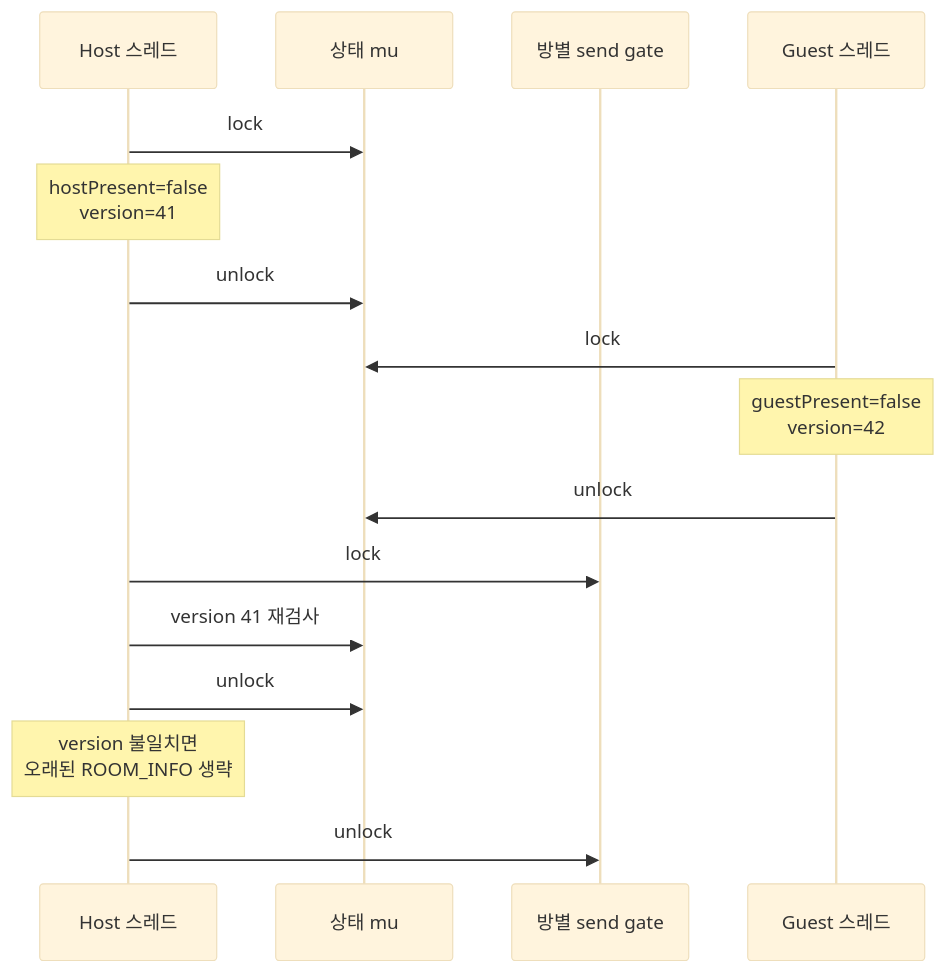
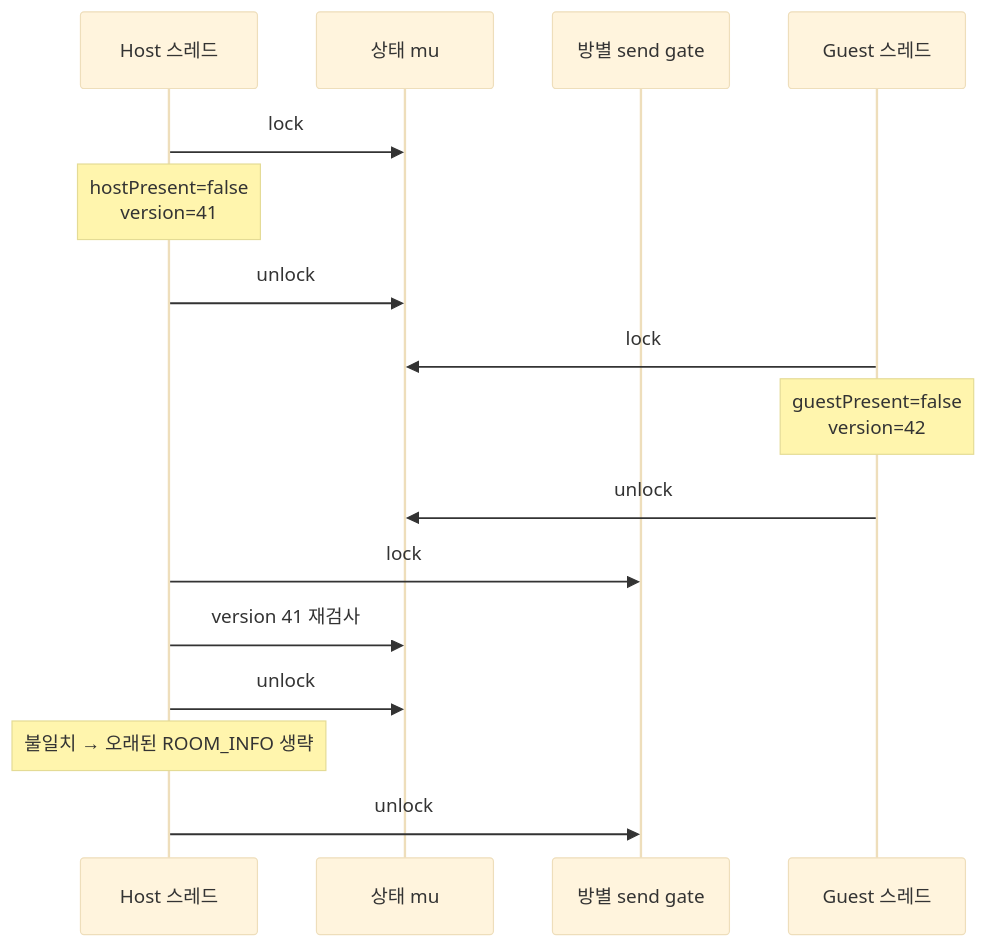
The seventh of 10 diagrams in docs/blog/part7-relay-server.md (Rein-ArXiv/Tetris-Multiplayer-RL), drawn with Mermaid (base theme) before and after one commit. The commit also changed other lines of this file and 41 other files, not shown here.

````diff
--- a/docs/blog/part7-relay-server.md
+++ b/docs/blog/part7-relay-server.md
@@ -897,19 +1953,19 @@
 ```mermaid
 sequenceDiagram
     participant H as Host 스레드
     participant M as 상태 mu
     participant S as 방별 send gate
     participant G as Guest 스레드
 
     H->>M: lock
     Note over H: hostPresent=false<br/>version=41
     H->>M: unlock
     G->>M: lock
     Note over G: guestPresent=false<br/>version=42
     G->>M: unlock
     H->>S: lock
     H->>M: version 41 재검사
     H->>M: unlock
-    Note over H: version 불일치면<br/>오래된 ROOM_INFO 생략
+    Note over H: 불일치 → 오래된 ROOM_INFO 생략
     H->>S: unlock
 ```
````
